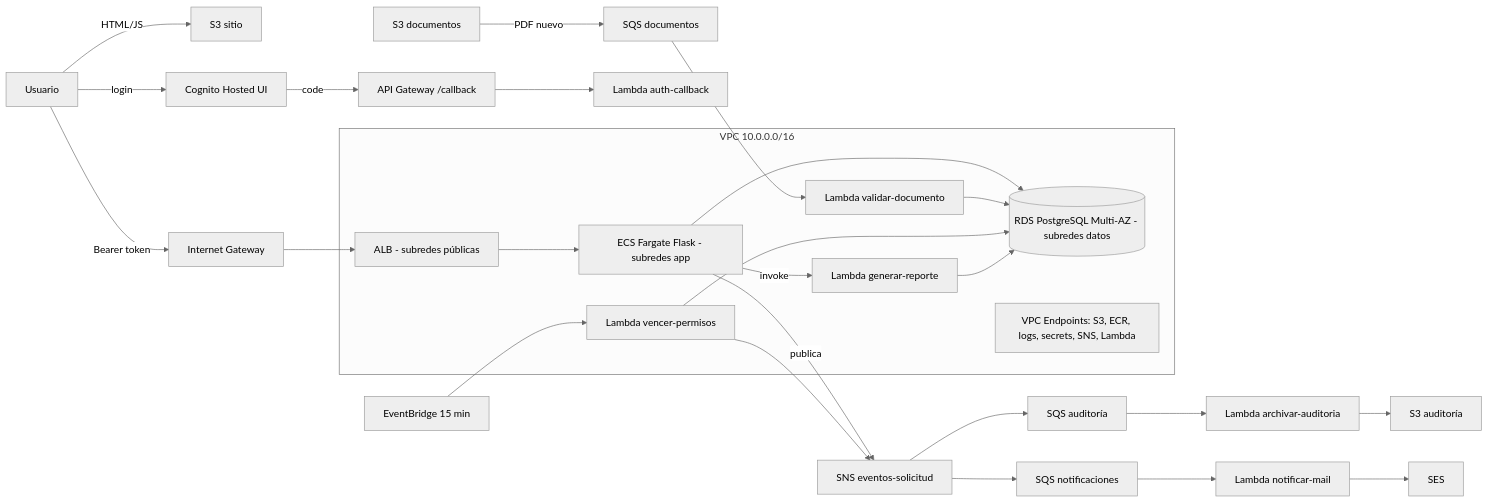
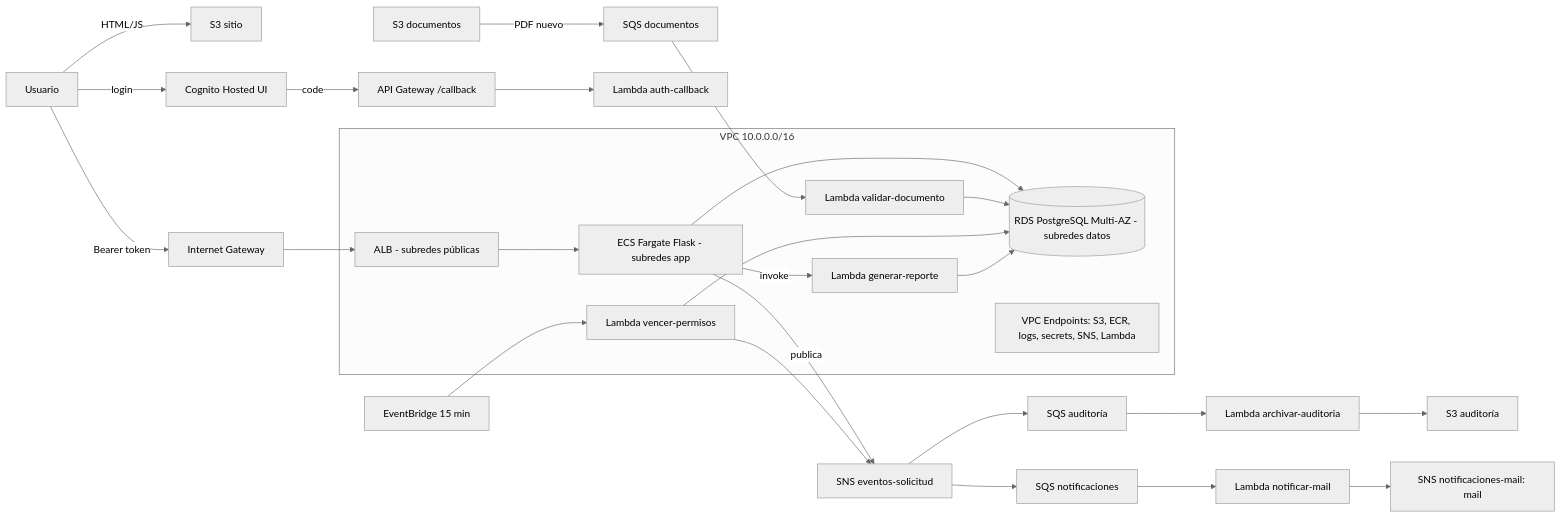
One commit to StefaniaSantulli/accesoseguro-tf changed the diagram in README.md. Above: the diagram before and after it, drawn with Mermaid (neutral theme). The commit also changed other lines of this file and 30 other files, not shown here.

Commit message:
Integra la app real y pasa las notificaciones de SES a SNS por mail

````diff
--- a/README.md
+++ b/README.md
@@ -69,22 +69,22 @@
 ```mermaid
 flowchart LR
   U[Usuario] -->|HTML/JS| S3S[S3 sitio]
   U -->|login| COG[Cognito Hosted UI]
   COG -->|code| APIGW[API Gateway /callback]
   APIGW --> LCB[Lambda auth-callback]
   U -->|Bearer token| IGW[Internet Gateway] --> ALB
   subgraph VPC 10.0.0.0/16
     ALB[ALB - subredes públicas] --> ECS[ECS Fargate Flask - subredes app]
     ECS --> RDS[(RDS PostgreSQL Multi-AZ - subredes datos)]
     ECS -->|invoke| LREP[Lambda generar-reporte]
     LVAL[Lambda validar-documento] --> RDS
     LVEN[Lambda vencer-permisos] --> RDS
     LREP --> RDS
     VPCE[VPC Endpoints: S3, ECR, logs, secrets, SNS, Lambda]
   end
   ECS -->|publica| SNS[SNS eventos-solicitud]
   SNS --> QA[SQS auditoría] --> LAUD[Lambda archivar-auditoria] --> S3A[S3 auditoría]
-  SNS --> QN[SQS notificaciones] --> LMAIL[Lambda notificar-mail] --> SES
+  SNS --> QN[SQS notificaciones] --> LMAIL[Lambda notificar-mail] --> SNSMAIL[SNS notificaciones-mail: mail]
   S3D[S3 documentos] -->|PDF nuevo| QD[SQS documentos] --> LVAL
   EB[EventBridge 15 min] --> LVEN --> SNS
 ```
````
